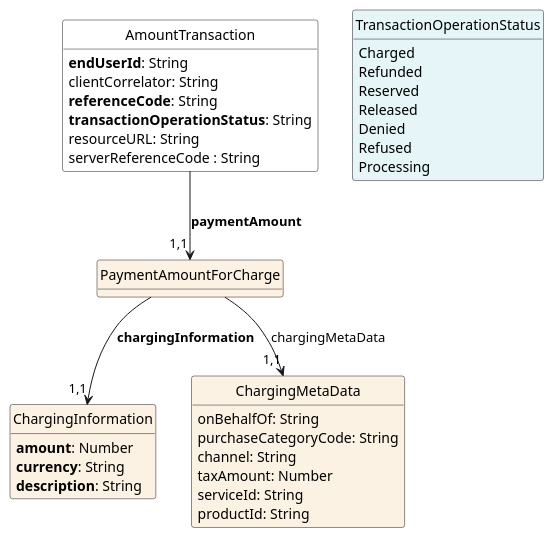
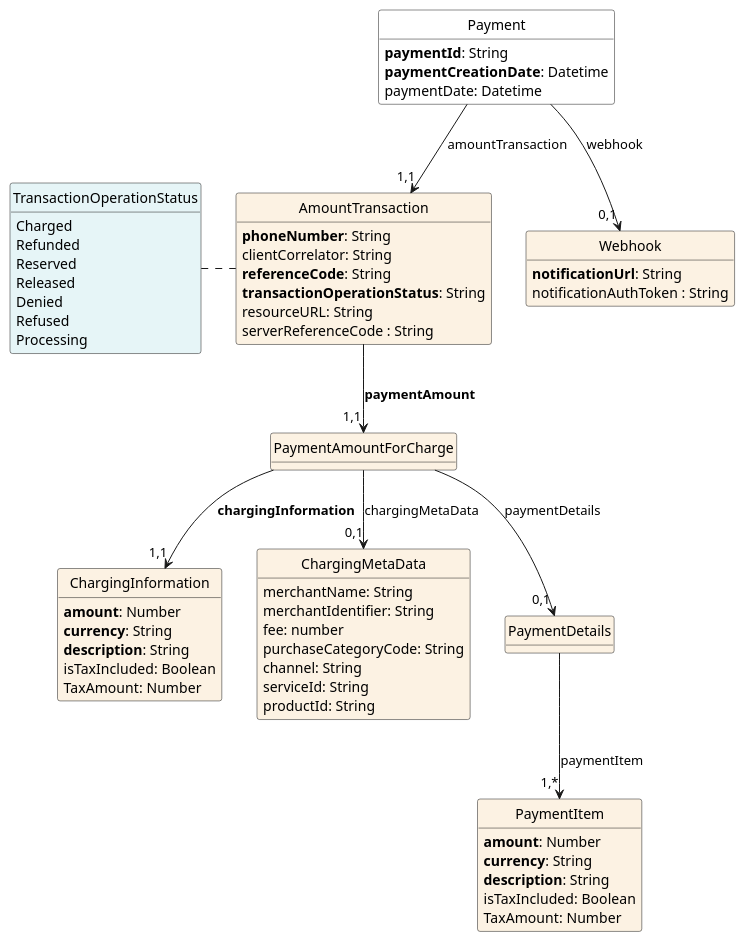
One commit to camaraproject/CarrierBillingCheckOut changed the diagram in documentation/API_documentation/resources/DirectBillingModel.puml. Above: the diagram before and after it, drawn with PlantUML.

Commit message:
Update DirectBillingModel.puml
Update model after latest API design

```diff
--- a/documentation/API_documentation/resources/DirectBillingModel.puml
+++ b/documentation/API_documentation/resources/DirectBillingModel.puml
@@ -1,56 +1,94 @@
 @startuml Open Mobile Alliance transactions/amount
 hide circle
 hide methods
 hide stereotype
 show <<Enumeration>> stereotype
 skinparam class {
    BackgroundColor<<Enumeration>> #E6F5F7
    BackgroundColor<<Ref>> #FFFFE0
    BackgroundColor<<Pivot>> #FFFFFFF
    BackgroundColor #FCF2E3
 }
 
-class AmountTransaction  <<Pivot>> {
-    <b>endUserId</b>: String 
+class Payment <<Pivot>> {
+    <b>paymentId</b>: String
+    <b>paymentCreationDate</b>: Datetime
+    paymentDate: Datetime
+}
+
+class AmountTransaction  {
+    <b>phoneNumber</b>: String 
     clientCorrelator: String
     <b>referenceCode</b>: String
     <b>transactionOperationStatus</b>: String
     resourceURL: String
     serverReferenceCode : String
     }
+
+Payment --> "1,1" AmountTransaction: amountTransaction
 
 class TransactionOperationStatus <<Enumeration>> {
     Charged
     Refunded
     Reserved
     Released
     Denied 
     Refused 
     Processing
 }
 
+class Webhook {
+    <b>notificationUrl</b>: String
+    notificationAuthToken : String
+}
+
+Payment --> "0,1" Webhook: webhook
+
+
 class PaymentAmountForCharge {
 }
 
 class ChargingInformation {
     <b>amount</b>: Number
     <b>currency</b>: String
     <b>description</b>: String
+    isTaxIncluded: Boolean
+    TaxAmount: Number
+
 }
 
 class ChargingMetaData {
-    onBehalfOf: String
+    merchantName: String
+    merchantIdentifier: String
+    fee: number
     purchaseCategoryCode: String
     channel: String
-    taxAmount: Number
     serviceId: String
     productId: String
 }
 
+
+class PaymentDetails {
+}
+
+class PaymentItem {
+    <b>amount</b>: Number
+    <b>currency</b>: String
+    <b>description</b>: String
+    isTaxIncluded: Boolean
+    TaxAmount: Number
+}
+
+PaymentDetails --> "1,*" PaymentItem : paymentItem
+
 AmountTransaction --> "1,1" PaymentAmountForCharge : <b>paymentAmount</b>
 
 PaymentAmountForCharge --> "1,1" ChargingInformation : <b>chargingInformation</b>
-PaymentAmountForCharge --> "1,1" ChargingMetaData : chargingMetaData
+PaymentAmountForCharge --> "0,1" ChargingMetaData : chargingMetaData
 
 
+PaymentAmountForCharge --> "0,1" PaymentDetails: paymentDetails
+
+AmountTransaction .left. TransactionOperationStatus
+
 @enduml
```
